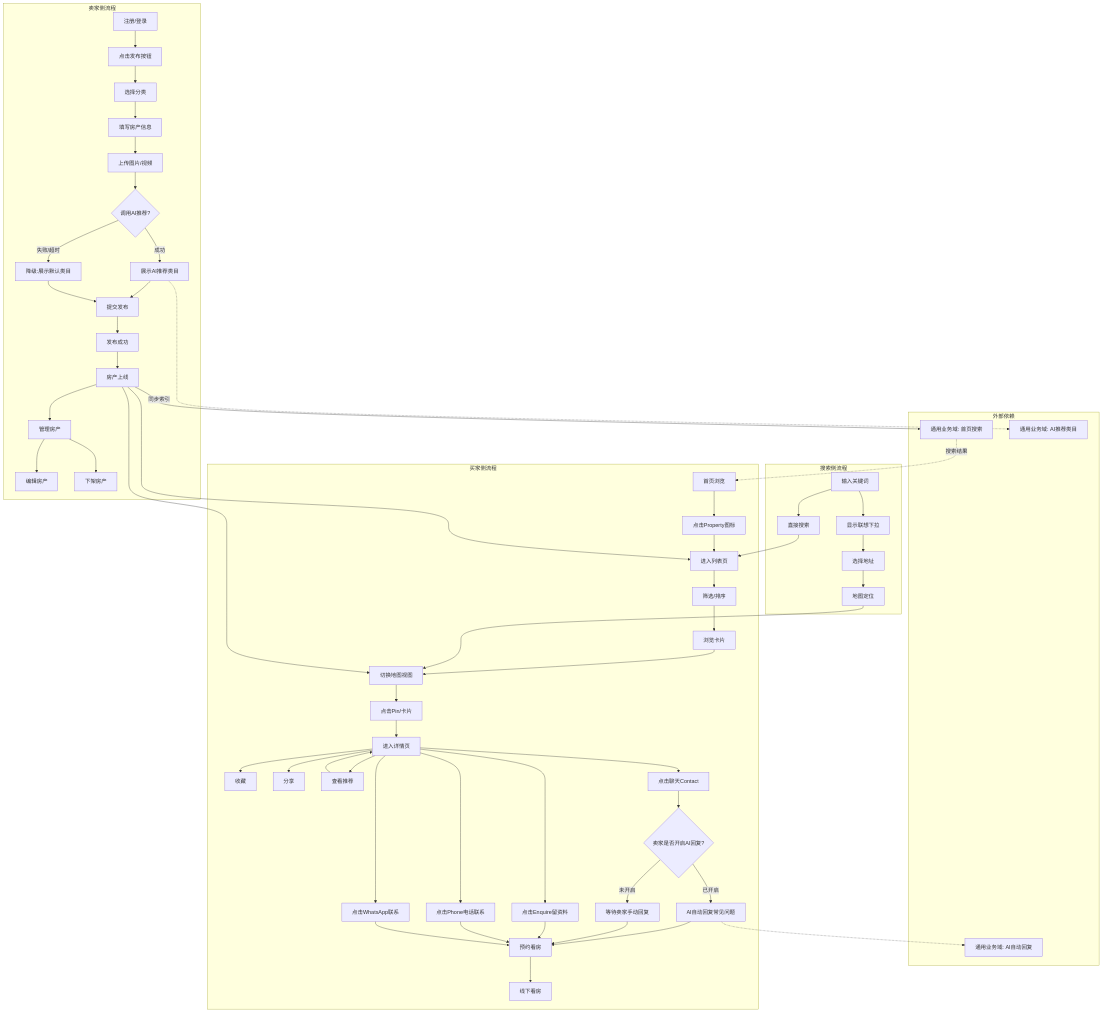
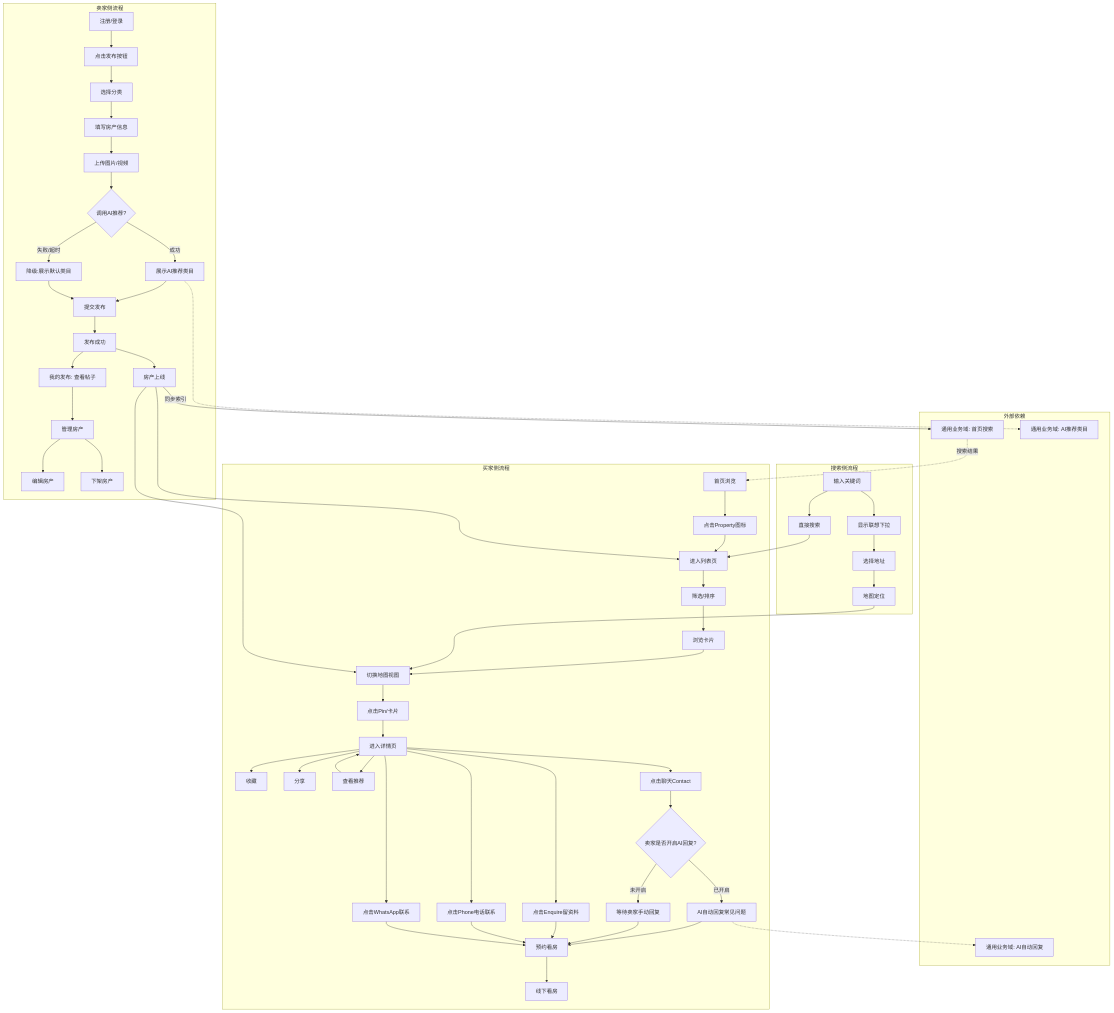
Before and after one commit to jiadan-user/jiacangku: the first of 3 diagrams in bundled/knowledge_base/业务知识图谱/房产业务域/房产业务全景.md, drawn with Mermaid. The commit also changed other lines of this file and 6 other files, not shown here.

````diff
--- a/bundled/knowledge_base/业务知识图谱/房产业务域/房产业务全景.md
+++ b/bundled/knowledge_base/业务知识图谱/房产业务域/房产业务全景.md
@@ -42,66 +42,67 @@
 ```mermaid
 graph TB
     subgraph 外部依赖
         Search[通用业务域: 首页搜索]
         AI[通用业务域: AI推荐类目]
         Chat[通用业务域: AI自动回复]
     end
 
     subgraph 卖家侧流程
         A1[注册/登录] --> A2[点击发布按钮]
         A2 --> A3[选择分类]
         A3 --> A4[填写房产信息]
         A4 --> A5[上传图片/视频]
         A5 --> AI_Call{调用AI推荐?}
         AI_Call -->|成功| AI_Success[展示AI推荐类目] -.-> AI
         AI_Call -->|失败/超时| AI_Fail[降级:展示默认类目]
         AI_Success --> A6[提交发布]
         AI_Fail --> A6
         A6 --> A7[发布成功]
         A7 --> A8[房产上线]
+        A7 --> A7MP[我的发布: 查看帖子]
+        A7MP --> A9[管理房产]
         A8 -->|同步索引| Search
-        A8 --> A9[管理房产]
         A9 --> A10[编辑房产]
         A9 --> A11[下架房产]
     end
     
     subgraph 买家侧流程
         Search -.->|搜索结果| B1
         B1[首页浏览] --> B2[点击Property图标]
         B2 --> B3[进入列表页]
         B3 --> B4[筛选/排序]
         B4 --> B5[浏览卡片]
         B5 --> B6[切换地图视图]
         B6 --> B7[点击Pin/卡片]
         B7 --> B8[进入详情页]
         B8 --> B9[收藏]
         B8 --> B10[分享]
         B8 --> B11[查看推荐]
         B11 --> B8
         B8 --> B12[点击聊天Contact]
         B8 --> B12A[点击Enquire留资料]
         B8 --> B12B[点击Phone电话联系]
         B8 --> B12C[点击WhatsApp联系]
         B12 --> Chat_Call{卖家是否开启AI回复?}
         Chat_Call -->|已开启| Chat_Auto[AI自动回复常见问题] -.-> Chat
         Chat_Call -->|未开启| Chat_Manual[等待卖家手动回复]
         Chat_Auto --> B13[预约看房]
         Chat_Manual --> B13
         B12A --> B13
         B12B --> B13
         B12C --> B13
         B13 --> B14[线下看房]
     end
     
     subgraph 搜索侧流程
         C1[输入关键词] --> C2[显示联想下拉]
         C2 --> C3[选择地址]
         C3 --> C4[地图定位]
         C4 --> B6
         C1 --> C5[直接搜索]
         C5 --> B3
     end
     
     A8 --> B3
     A8 --> B6
 ```
````
